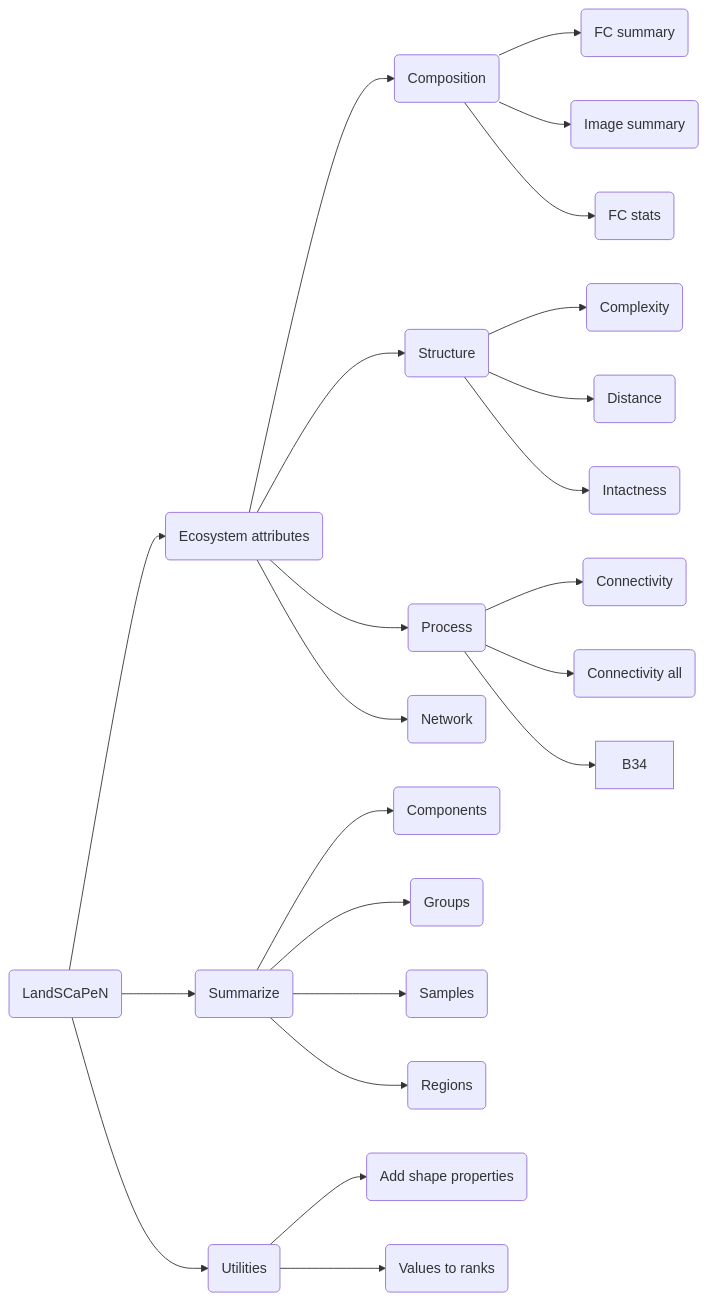
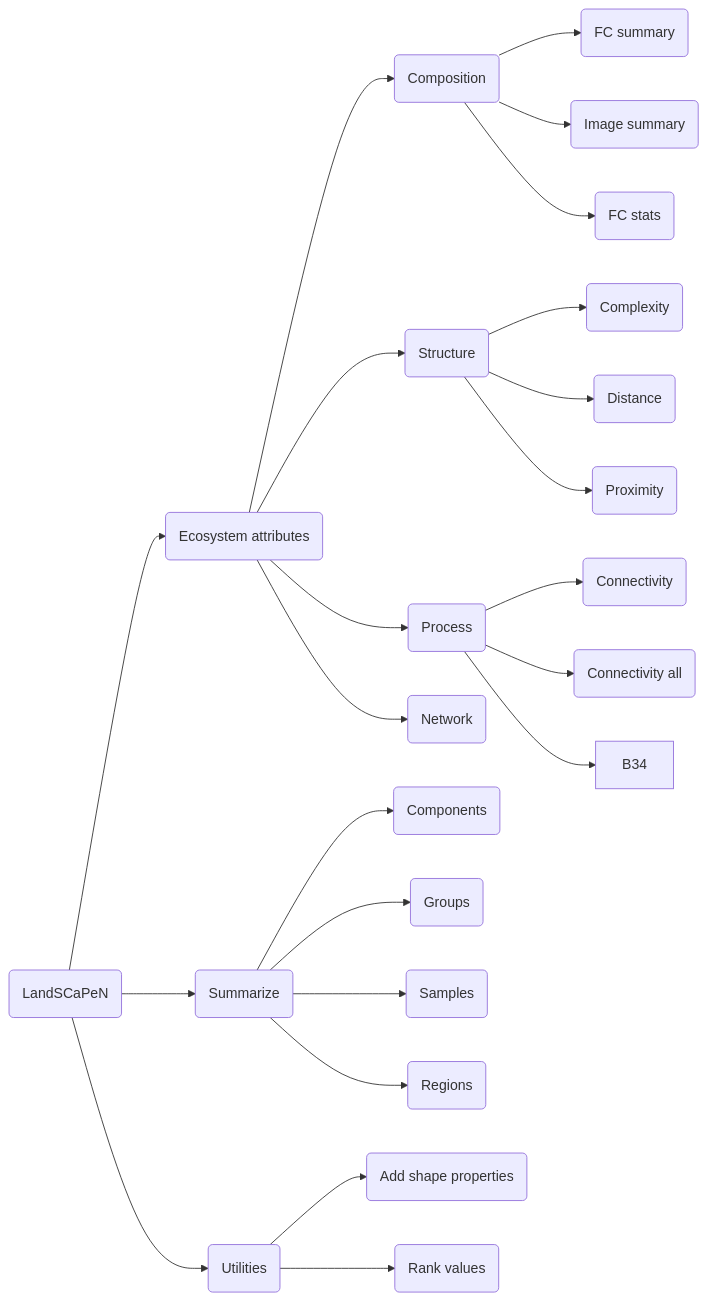
Before and after one commit to davidtheobald8/landscapen: the diagram in README.md, drawn with Mermaid. The commit also changed other lines of this file, not shown here.

````diff
--- a/README.md
+++ b/README.md
@@ -21,58 +23,56 @@
  ```mermaid
    graph LR;
        A(LandSCaPeN)
        A-->B;
        A-->C1;
        A-->C2;
-       %%(HM CA) users/DavidTheobald8/HM/HM_202204/HM_Y2Y_CA_2020_90_60sland%%
        B(Ecosystem attributes)
        B-->B1;
        B-->B2;
        B-->B3;
        B-->B4;
-       %%(HM US) users/DavidTheobald8/HM/HM_202204/HM_Y2Y_US_2020_90_60sland%%
        B1(Composition)
        B1-->B11
        B1-->B12
        B1-->B13
        B11(FC summary)
  %%      click B11 "https://code.earthengine.google.com/?scriptPath=users%2FDavidTheobald8%2Flibs%3Alse.compositionFC()"
        B12(Image summary)
  %%      click B12 "https://code.earthengine.google.com/?scriptPath=users%2FDavidTheobald8%2Flibs%3Alse.compositionImage()"
        B13(FC stats)
  %%      click B13 "https://code.earthengine.google.com/?scriptPath=users%2FDavidTheobald8%2Flibs%3Alse.compositionStats()"
        B2(Structure)
        B21(Complexity)
        B2-->B21
  %%      click B21 "https://code.earthengine.google.com/?scriptPath=users%2FDavidTheobald8%2Flibs%3Alse.structuralComplexity()"
        B22(Distance)
        B2-->B22
  %%      click B22 "https://code.earthengine.google.com/?scriptPath=users%2FDavidTheobald8%2Flibs%3Alse.structuralDistance()"
-       B23(Intactness)
+       B23(Proximity)
        B2-->B23
- %%      click B23 "https://code.earthengine.google.com/?scriptPath=users%2FDavidTheobald8%2Flibs%3Alse.structuralIntactness()"
+ %%      click B23 "https://code.earthengine.google.com/?scriptPath=users%2FDavidTheobald8%2Flibs%3Alse.structuralProximity()"
        B3(Process)
        B31(Connectivity)
        B3-->B31
  %%      click B31 "https://code.earthengine.google.com/?scriptPath=users%2FDavidTheobald8%2Flibs%3Alse.connectivity()"
        B32(Connectivity all)
        B3-->B32
        B3-->B34
  %%      click B34 "https://code.earthengine.google.com/?scriptPath=users%2FDavidTheobald8%2Flibs%3Alse.connectivityAll()"
        B4(Network)
        C1(Summarize)
        C11(Components)
        C1-->C11
        C12(Groups)
        C1-->C12
        C13(Samples)
        C1-->C13
        C14(Regions)
        C1-->C14
        C2(Utilities)
        C21(Add shape properties)
        C2-->C21
-       C22(Values to ranks)
+       C22(Rank values)
        C2-->C22
- %%      click C2 "https://code.earthengine.google.com/?scriptPath=users%2FDavidTheobald8%2Flibs%3Alse.valuesToRanks()%20add%20shape%20properties"
+%%      click C2 "https://code.earthengine.google.com/?scriptPath=users%2FDavidTheobald8%2Flibs%3Alse.rankValues()%20add%20shape%20properties"
  ```
````
